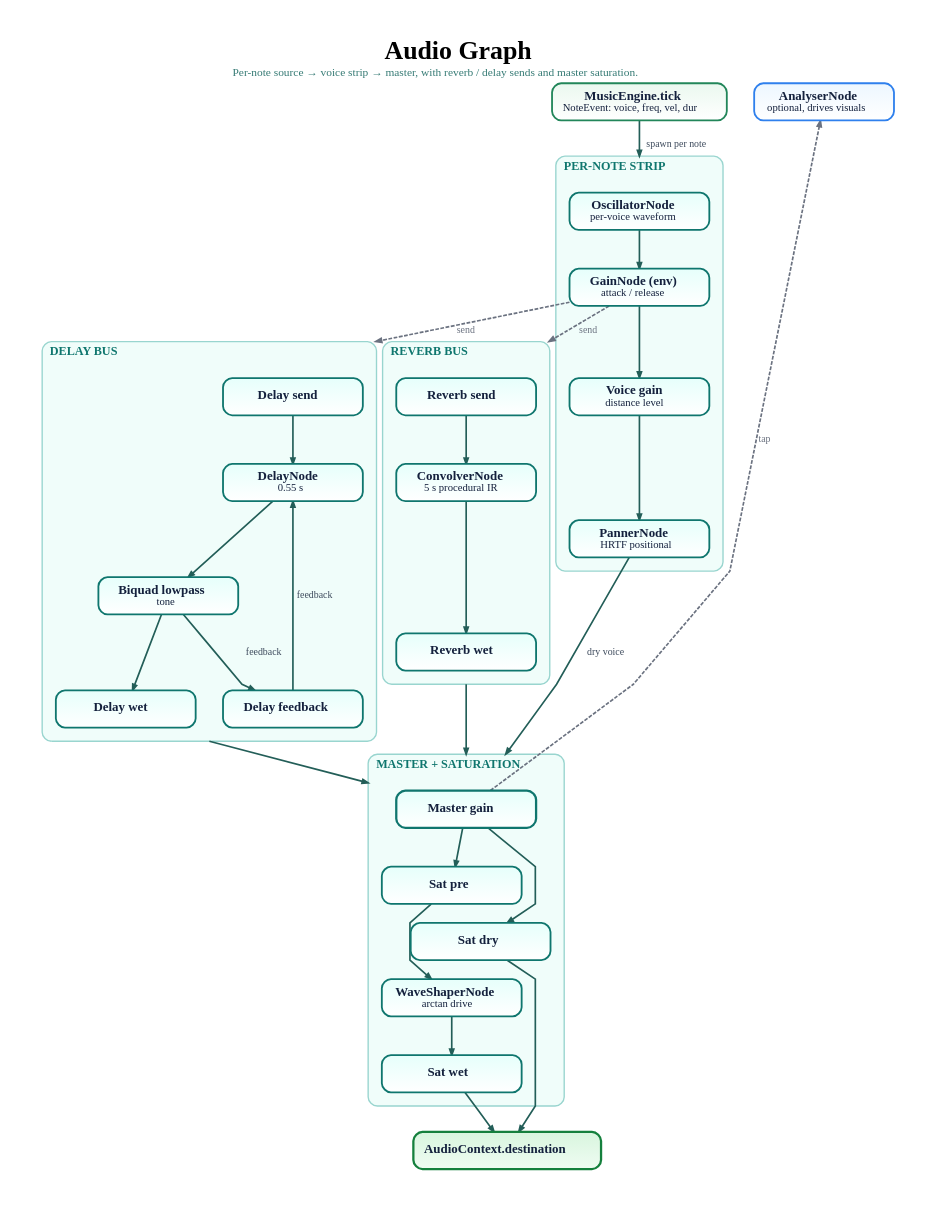
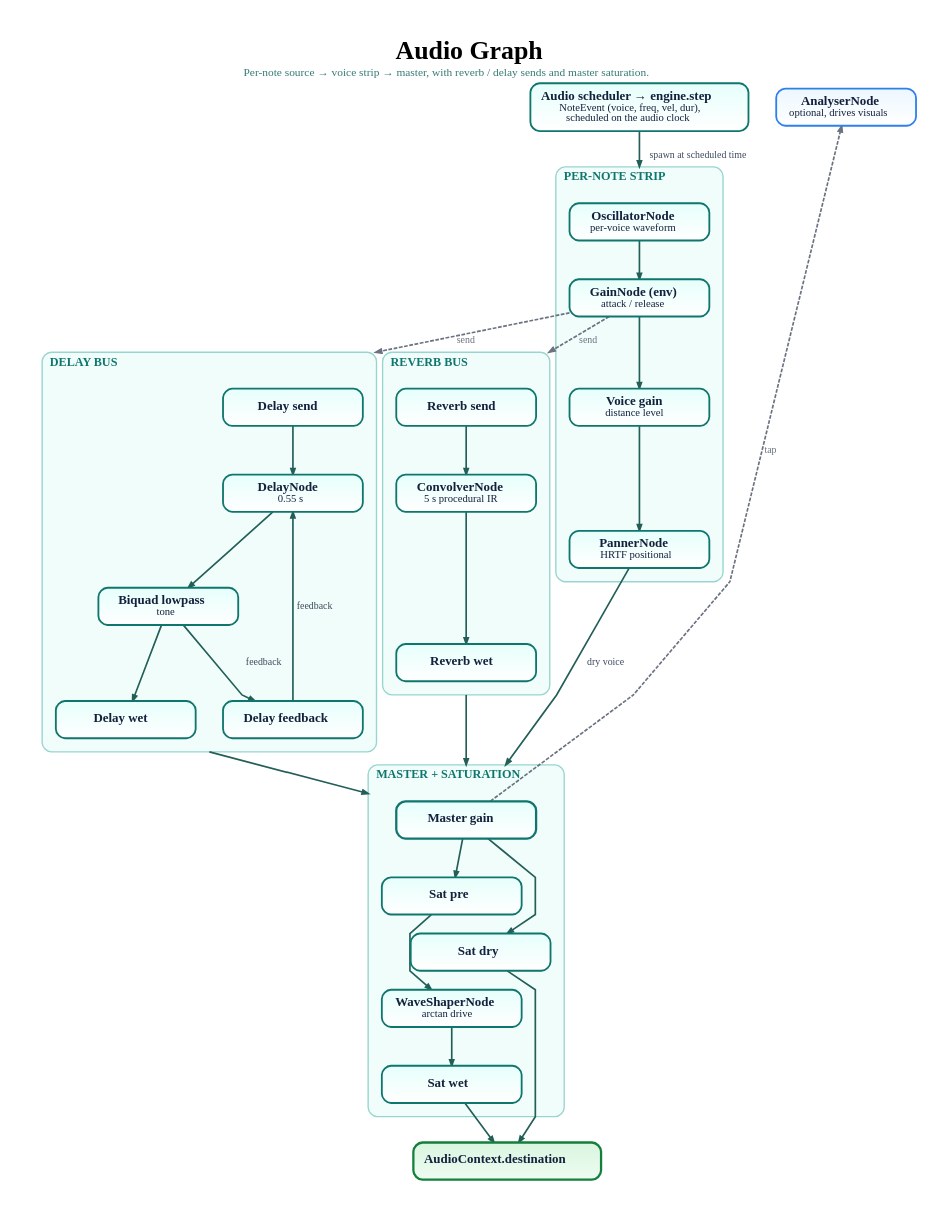
The diagram in docs/diagrams/audio-graph.dot (tre-systems/geno-1), drawn with Graphviz before and after one commit. The commit also changed 8 other files, not shown here.

First line of the commit message:
docs: sync architecture docs + diagrams to the audio scheduler

```diff
--- a/docs/diagrams/audio-graph.dot
+++ b/docs/diagrams/audio-graph.dot
@@ -1,122 +1,122 @@
 digraph AudioGraph {
   graph [
     rankdir=TB,
     bgcolor="#ffffff",
     pad="0.55",
     nodesep="0.5",
     ranksep="0.7",
     splines=polyline,
     outputorder=edgesfirst,
     compound=true,
     newrank=true,
     forcelabels=true,
     fontname="Avenir",
     label=<
       <TABLE BORDER="0" CELLBORDER="0" CELLSPACING="0" CELLPADDING="0">
         <TR><TD><FONT POINT-SIZE="34"><B>Audio Graph</B></FONT></TD></TR>
         <TR><TD><FONT POINT-SIZE="15" COLOR="#357a74">Per-note source → voice strip → master, with reverb / delay sends and master saturation.</FONT></TD></TR>
       </TABLE>
     >,
     labelloc=t,
     labeljust=c
   ];
 
   node [
     shape=box,
     style="rounded,filled",
     margin="0.2,0.12",
     width=2.55,
     height=0.68,
     fixedsize=false,
     fontname="Avenir",
     fontsize=17,
     penwidth=2.4,
     fontcolor="#14213d",
     color="#0f766e",
     fillcolor="#e6fffb:#ffffff",
     gradientangle=270
   ];
 
   edge [
     color="#235e58",
     fontname="Avenir",
     fontsize=13,
     fontcolor="#3d4a5c",
     penwidth=2.2,
     arrowsize=0.78
   ];
 
   // ---- Source (engine, host-testable) ----
-  ENG [label=<<B>MusicEngine.tick</B><BR/><FONT POINT-SIZE="14">NoteEvent: voice, freq, vel, dur</FONT>>, fillcolor="#eaf8ef:#ffffff", color="#22865a"];
+  ENG [label=<<B>Audio scheduler → engine.step</B><BR/><FONT POINT-SIZE="14">NoteEvent (voice, freq, vel, dur),<BR/>scheduled on the audio clock</FONT>>, fillcolor="#e6fffb:#ffffff", color="#0f766e"];
 
   // ---- Per-voice strip ----
   subgraph cluster_voice {
     graph [
       label=<<TABLE BORDER="0" CELLBORDER="0" CELLSPACING="0" CELLPADDING="2"><TR><TD ALIGN="LEFT"><FONT POINT-SIZE="16" COLOR="#0f766e"><B>PER-NOTE STRIP</B></FONT></TD></TR></TABLE>>,
       labelloc=t, labeljust=l, color="#99d5cf", fillcolor="#f0fdfa", style="rounded,filled", penwidth=1.8, margin=18
     ];
     OSC [label=<<B>OscillatorNode</B><BR/><FONT POINT-SIZE="14">per-voice waveform</FONT>>];
     ENV [label=<<B>GainNode (env)</B><BR/><FONT POINT-SIZE="14">attack / release</FONT>>];
     VG  [label=<<B>Voice gain</B><BR/><FONT POINT-SIZE="14">distance level</FONT>>];
     PAN [label=<<B>PannerNode</B><BR/><FONT POINT-SIZE="14">HRTF positional</FONT>>];
     OSC -> ENV -> VG -> PAN;
   }
 
   // ---- Delay bus ----
   subgraph cluster_delay {
     graph [
       label=<<TABLE BORDER="0" CELLBORDER="0" CELLSPACING="0" CELLPADDING="2"><TR><TD ALIGN="LEFT"><FONT POINT-SIZE="16" COLOR="#0f766e"><B>DELAY BUS</B></FONT></TD></TR></TABLE>>,
       labelloc=t, labeljust=l, color="#99d5cf", fillcolor="#f0fdfa", style="rounded,filled", penwidth=1.8, margin=18
     ];
     DS [label=<<B>Delay send</B>>];
     DL [label=<<B>DelayNode</B><BR/><FONT POINT-SIZE="14">0.55 s</FONT>>];
     LT [label=<<B>Biquad lowpass</B><BR/><FONT POINT-SIZE="14">tone</FONT>>];
     DF [label=<<B>Delay feedback</B>>];
     DW [label=<<B>Delay wet</B>>];
     DS -> DL -> LT;
     LT -> DF -> DL [label="feedback"];
     LT -> DW;
   }
 
   // ---- Reverb bus ----
   subgraph cluster_reverb {
     graph [
       label=<<TABLE BORDER="0" CELLBORDER="0" CELLSPACING="0" CELLPADDING="2"><TR><TD ALIGN="LEFT"><FONT POINT-SIZE="16" COLOR="#0f766e"><B>REVERB BUS</B></FONT></TD></TR></TABLE>>,
       labelloc=t, labeljust=l, color="#99d5cf", fillcolor="#f0fdfa", style="rounded,filled", penwidth=1.8, margin=18
     ];
     RS [label=<<B>Reverb send</B>>];
     CV [label=<<B>ConvolverNode</B><BR/><FONT POINT-SIZE="14">5 s procedural IR</FONT>>];
     RW [label=<<B>Reverb wet</B>>];
     RS -> CV -> RW;
   }
 
   // ---- Master + saturation ----
   subgraph cluster_master {
     graph [
       label=<<TABLE BORDER="0" CELLBORDER="0" CELLSPACING="0" CELLPADDING="2"><TR><TD ALIGN="LEFT"><FONT POINT-SIZE="16" COLOR="#0f766e"><B>MASTER + SATURATION</B></FONT></TD></TR></TABLE>>,
       labelloc=t, labeljust=l, color="#99d5cf", fillcolor="#f0fdfa", style="rounded,filled", penwidth=1.8, margin=18
     ];
     MAS [label=<<B>Master gain</B>>, penwidth=3.0];
     SP  [label=<<B>Sat pre</B>>];
     WS  [label=<<B>WaveShaperNode</B><BR/><FONT POINT-SIZE="14">arctan drive</FONT>>];
     SW  [label=<<B>Sat wet</B>>];
     SD  [label=<<B>Sat dry</B>>];
     MAS -> SP -> WS -> SW;
     MAS -> SD;
   }
 
   // ---- Outputs ----
   DEST [label=<<B>AudioContext.destination</B>>, fillcolor="#d8f5de:#effcf2", color="#15803d", penwidth=3.0];
   AN   [label=<<B>AnalyserNode</B><BR/><FONT POINT-SIZE="14">optional, drives visuals</FONT>>, fillcolor="#edf7ff:#ffffff", color="#2f80ed"];
 
   // ---- Cross-cluster wiring ----
-  ENG -> OSC [label="spawn per note", lhead=cluster_voice];
+  ENG -> OSC [label="spawn at scheduled time", lhead=cluster_voice];
   PAN -> MAS [label="dry voice", lhead=cluster_master];
   ENV -> DS  [label="send", style=dashed, color="#6b7280", fontcolor="#6b7280", lhead=cluster_delay];
   ENV -> RS  [label="send", style=dashed, color="#6b7280", fontcolor="#6b7280", lhead=cluster_reverb];
   DW  -> MAS [ltail=cluster_delay, lhead=cluster_master];
   RW  -> MAS [ltail=cluster_reverb, lhead=cluster_master];
   SW  -> DEST;
   SD  -> DEST;
   MAS -> AN [label="tap", style=dashed, color="#6b7280", fontcolor="#6b7280", constraint=false];
 }
```
